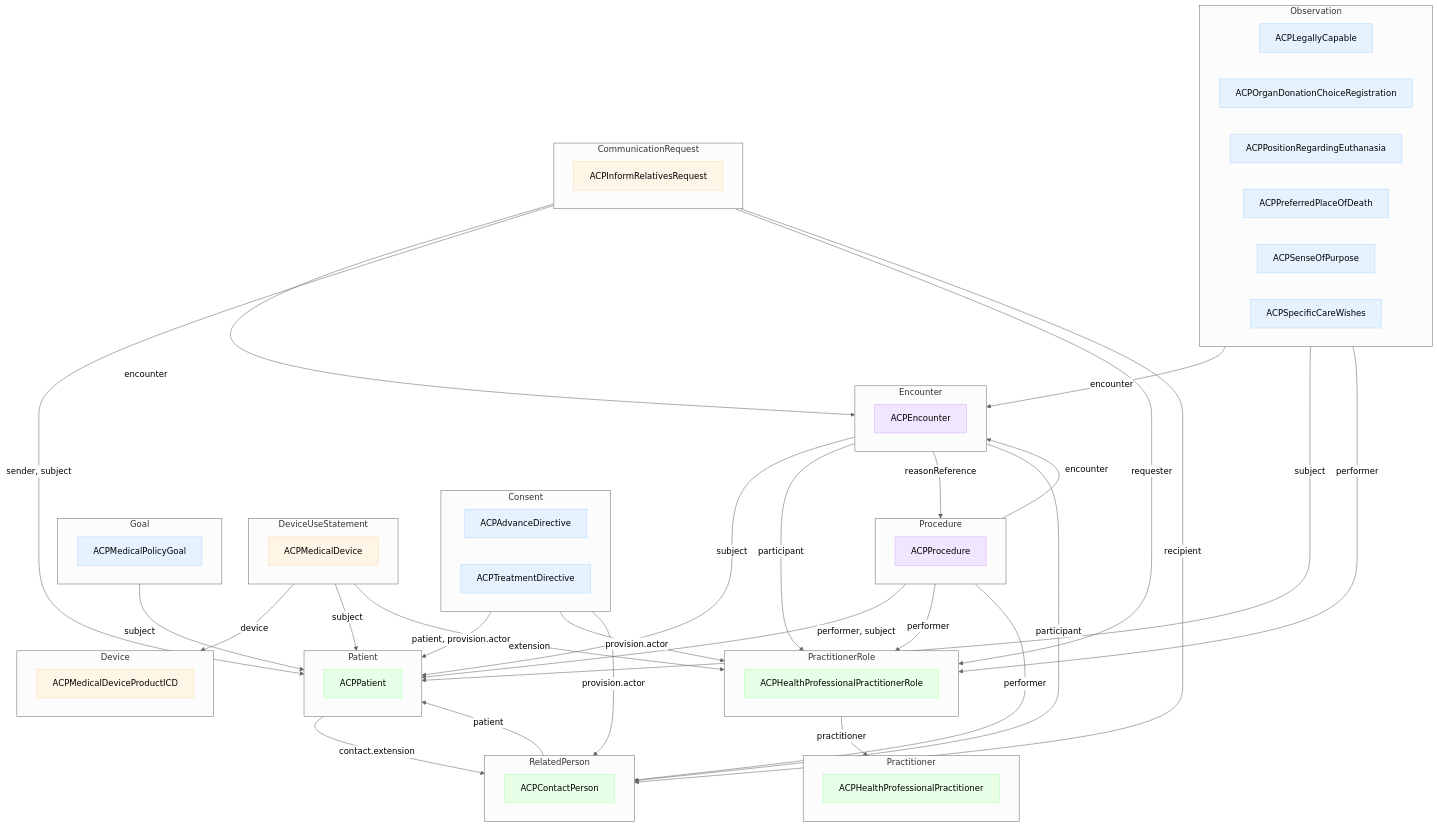
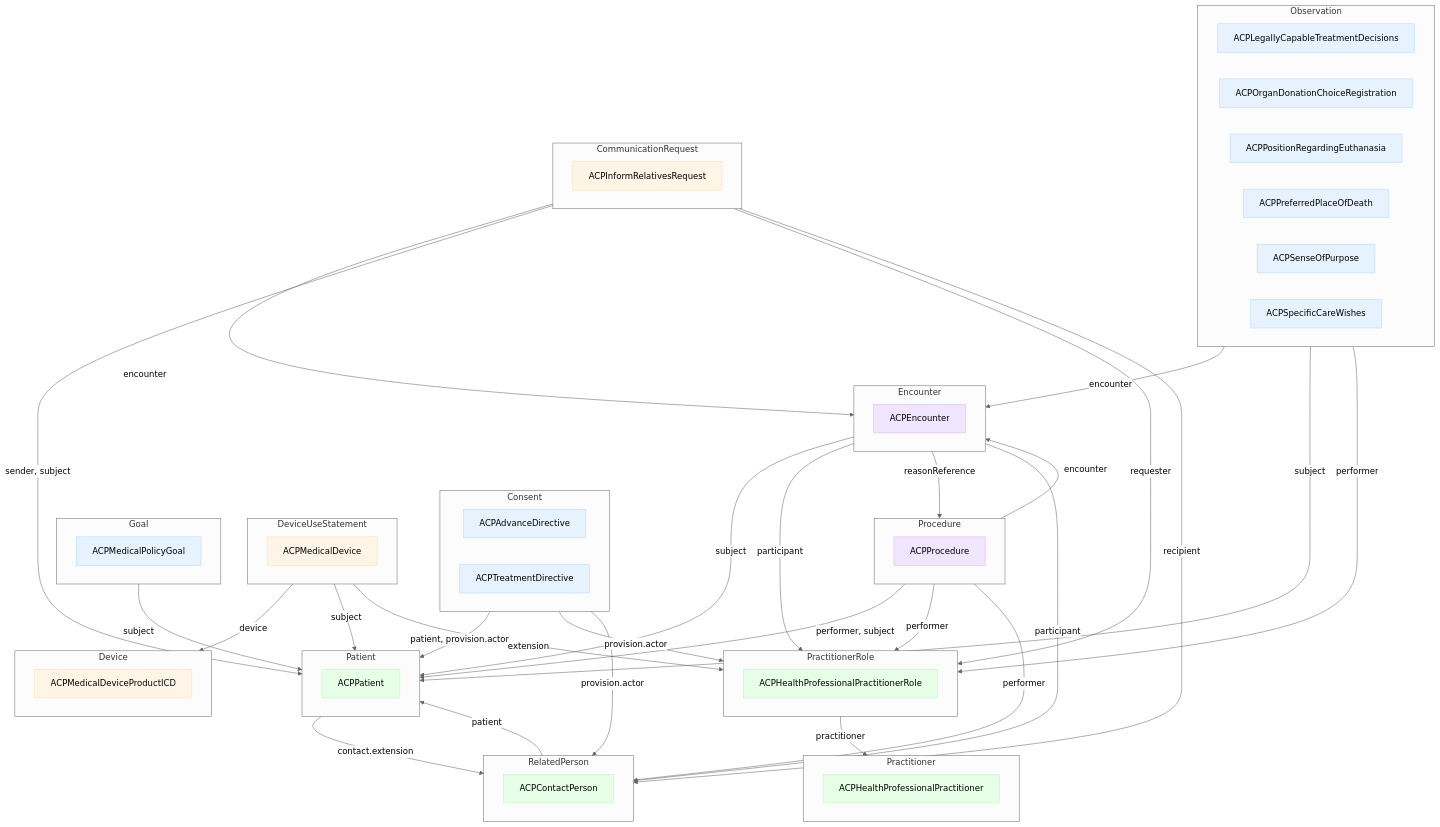
The diagram in input/includes/fhir-data-model-mermaid-diagram.md (IKNL/PZP-FHIR-R4), drawn with Mermaid (neutral theme) before and after one commit. The commit also changed 5 other files, not shown here.

```diff
--- a/input/includes/fhir-data-model-mermaid-diagram.md
+++ b/input/includes/fhir-data-model-mermaid-diagram.md
@@ -56,7 +56,7 @@
     end
 
     subgraph "Observation"
-        ACPLegallyCapable
+        ACPLegallyCapableTreatmentDecisions
         ACPOrganDonationChoiceRegistration
         ACPPositionRegardingEuthanasia
         ACPPreferredPlaceOfDeath
@@ -77,7 +77,7 @@
     class ACPPositionRegardingEuthanasia C0
     class ACPOrganDonationChoiceRegistration C0
     class ACPSenseOfPurpose C0
-    class ACPLegallyCapable C0
+    class ACPLegallyCapableTreatmentDecisions C0
     class ACPPatient C1
     class ACPHealthProfessionalPractitioner C1
     class ACPHealthProfessionalPractitionerRole C1
```
